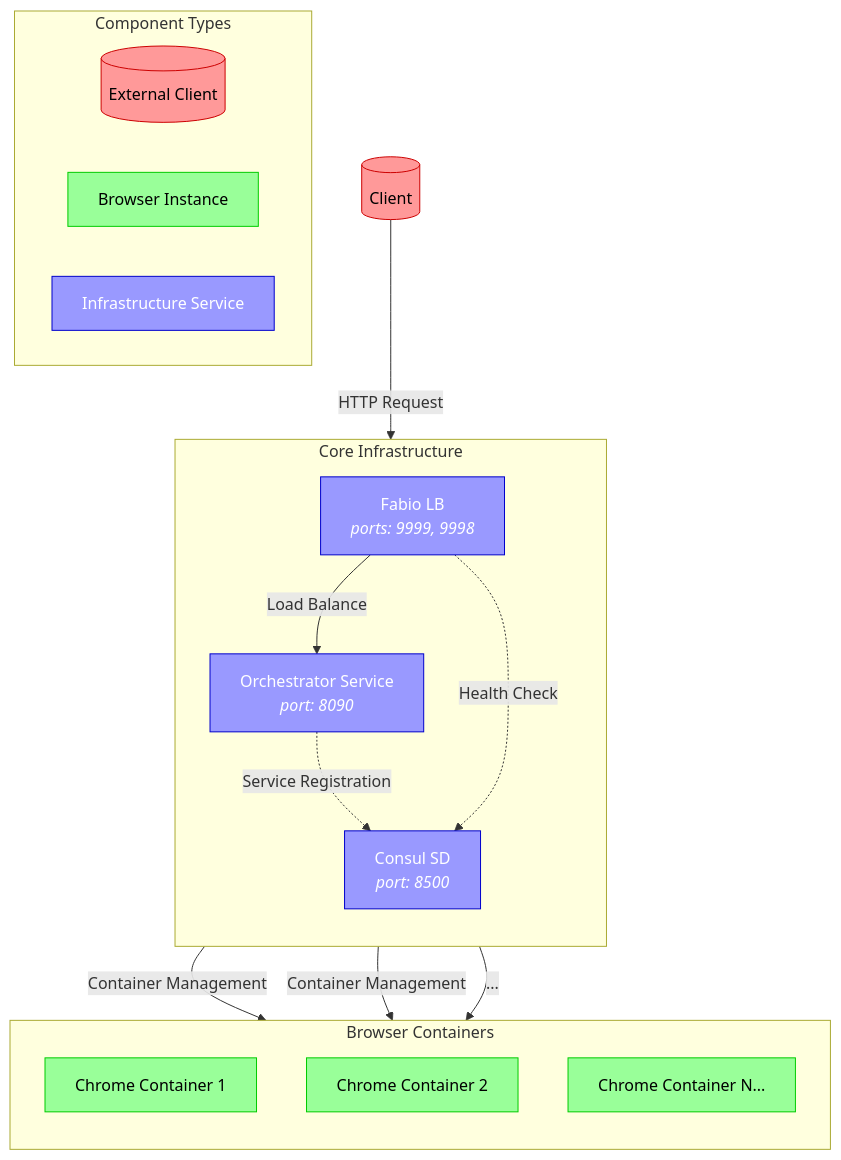
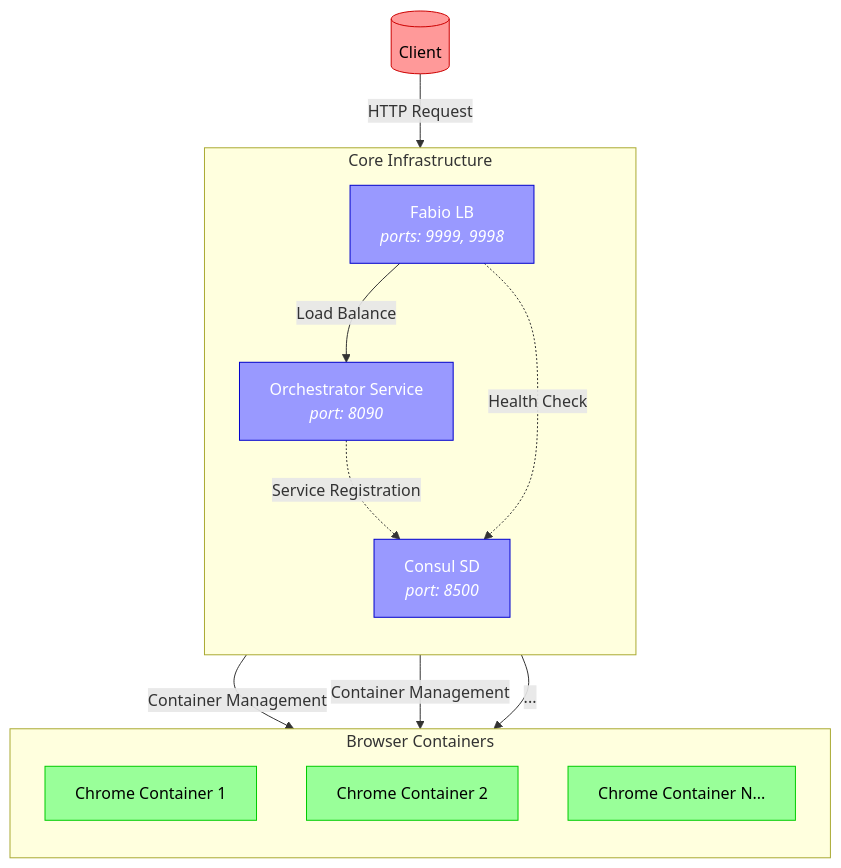
Before and after one commit to codebanesr/orchestrator: the diagram in README.md, drawn with Mermaid. The commit also changed other lines of this file and 1 other file, not shown here.

````diff
--- a/README.md
+++ b/README.md
@@ -48,37 +61,30 @@
 ```mermaid
 flowchart TD
     classDef client fill:#FF9999,stroke:#CC0000,color:#000000
     classDef browser fill:#99FF99,stroke:#00CC00,color:#000000
     classDef core fill:#9999FF,stroke:#0000CC,color:#FFFFFF
     
     Client[("Client")]:::client
     
     subgraph BrowserInstances["Browser Containers"]
         direction TB
         C1["Chrome Container 1"]:::browser
         C2["Chrome Container 2"]:::browser
         CN["Chrome Container N..."]:::browser
     end
     
     subgraph CoreServices["Core Infrastructure"]
         direction TB
         O["Orchestrator Service<br/><i>port: 8090</i>"]:::core
         F["Fabio LB<br/><i>ports: 9999, 9998</i>"]:::core
         CS["Consul SD<br/><i>port: 8500</i>"]:::core
     end
     
     Client -->|"HTTP Request"| F
     F -->|"Load Balance"| O
     O -->|"Container Management"| C1
     O -->|"Container Management"| C2
     O -->|"..."| CN
     O -.->|"Service Registration"| CS
     F -.->|"Health Check"| CS
-    
-    %% Legend
-    subgraph Legend["Component Types"]
-        L1[("External Client")]:::client
-        L2["Browser Instance"]:::browser
-        L3["Infrastructure Service"]:::core
-    end
 ```
````
